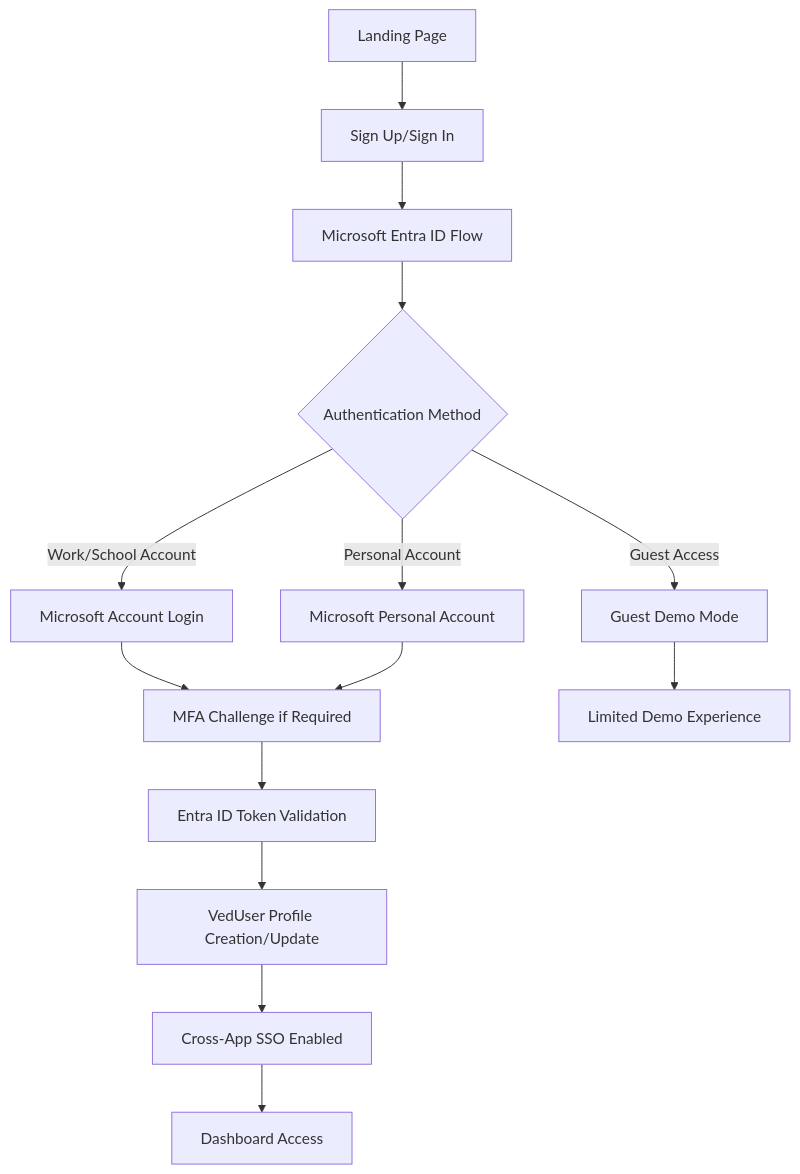
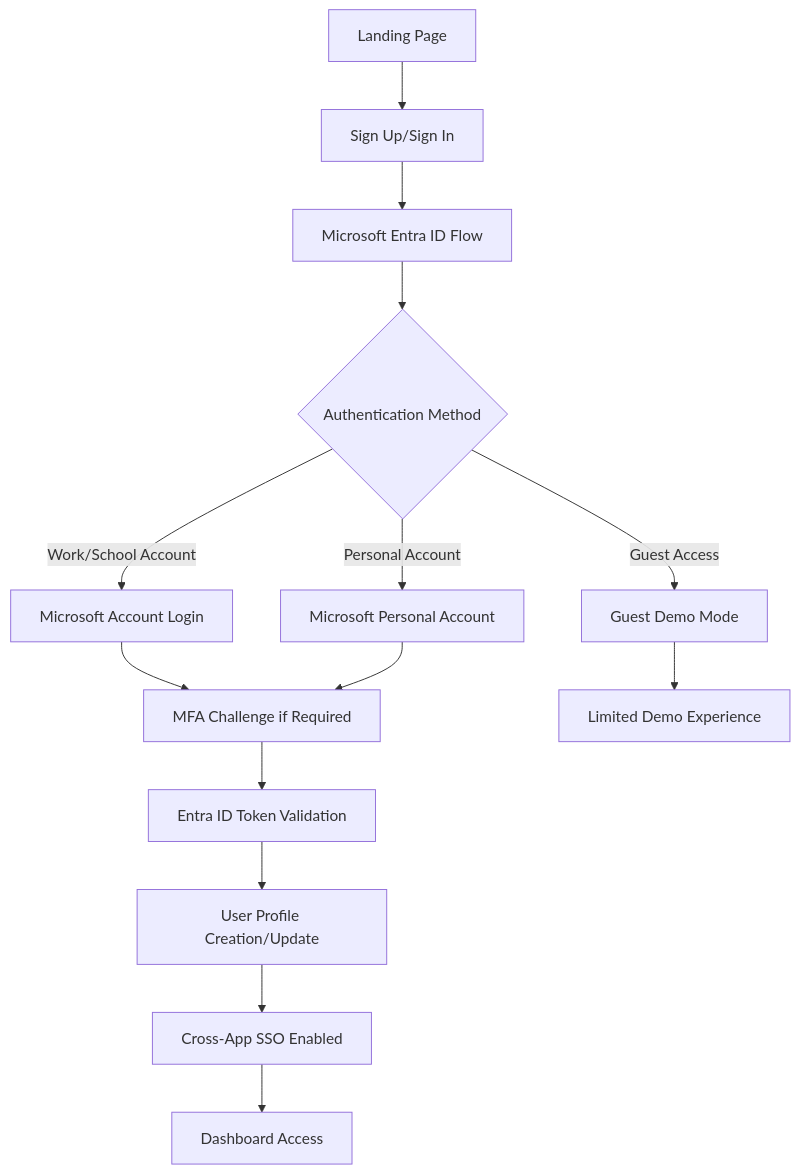
Before and after one commit to vedprakash-m/vigor: the third of 16 diagrams in docs/User_Experience.md, drawn with Mermaid. The commit also changed other lines of this file and 34 other files, not shown here.

````diff
--- a/docs/User_Experience.md
+++ b/docs/User_Experience.md
@@ -177,16 +177,16 @@
 ```mermaid
 flowchart TD
   A[Landing Page] --> B[Sign Up/Sign In]
   B --> C[Microsoft Entra ID Flow]
   C --> D{Authentication Method}
   D -->|Work/School Account| E[Microsoft Account Login]
   D -->|Personal Account| F[Microsoft Personal Account]
   D -->|Guest Access| G[Guest Demo Mode]
   E --> H[MFA Challenge if Required]
   F --> H
   H --> I[Entra ID Token Validation]
-  I --> J[VedUser Profile Creation/Update]
+  I --> J[User Profile Creation/Update]
   J --> K[Cross-App SSO Enabled]
   K --> L[Dashboard Access]
   G --> M[Limited Demo Experience]
 ```
````
